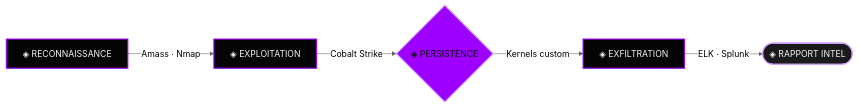
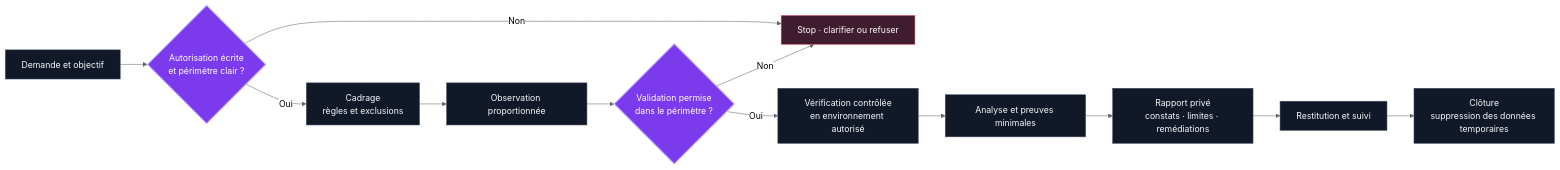
One commit to teremuhamblin/README changed the diagram in README.md. Above: the diagram before and after it, drawn with Mermaid (neutral theme). The commit also changed other lines of this file and 2 other files, not shown here.

````diff
--- a/README.md
+++ b/README.md
@@ -73,15 +68,21 @@
 ```mermaid
-graph LR
-    A["◈ RECONNAISSANCE"] -->|"Amass · Nmap"| B["◈ EXPLOITATION"]
-    B -->|"Cobalt Strike"| C{"◈ PERSISTENCE"}
-    C -->|"Kernels custom"| D["◈ EXFILTRATION"]
-    D -->|"ELK · Splunk"| E(["◈ RAPPORT INTEL"])
+flowchart LR
+    A[Demande et objectif] --> B{Autorisation écrite<br/>et périmètre clair ?}
+    B -- Non --> X[Stop · clarifier ou refuser]
+    B -- Oui --> C[Cadrage<br/>règles et exclusions]
+    C --> D[Observation proportionnée]
+    D --> E{Validation permise<br/>dans le périmètre ?}
+    E -- Non --> X
+    E -- Oui --> F[Vérification contrôlée<br/>en environnement autorisé]
+    F --> G[Analyse et preuves minimales]
+    G --> H[Rapport privé<br/>constats · limites · remédiations]
+    H --> I[Restitution et suivi]
+    I --> J[Clôture<br/>suppression des données temporaires]
 
-    classDef node fill:#050505,stroke:#9D00FF,stroke-width:2px,color:#F5F5F5
-    classDef gate fill:#9D00FF,stroke:#D1A3FF,stroke-width:2px,color:#050505
-    classDef final fill:#1A1A1B,stroke:#D1A3FF,stroke-width:2px,color:#F5F5F5
-
-    class A,B,D node
-    class C gate
-    class E final
+    classDef gate fill:#7C3AED,stroke:#C4B5FD,color:#fff,stroke-width:2px
+    classDef stop fill:#3F1D2E,stroke:#FB7185,color:#fff
+    classDef work fill:#111827,stroke:#475569,color:#F8FAFC
+    class B,E gate
+    class X stop
+    class A,C,D,F,G,H,I,J work
 ```
````
